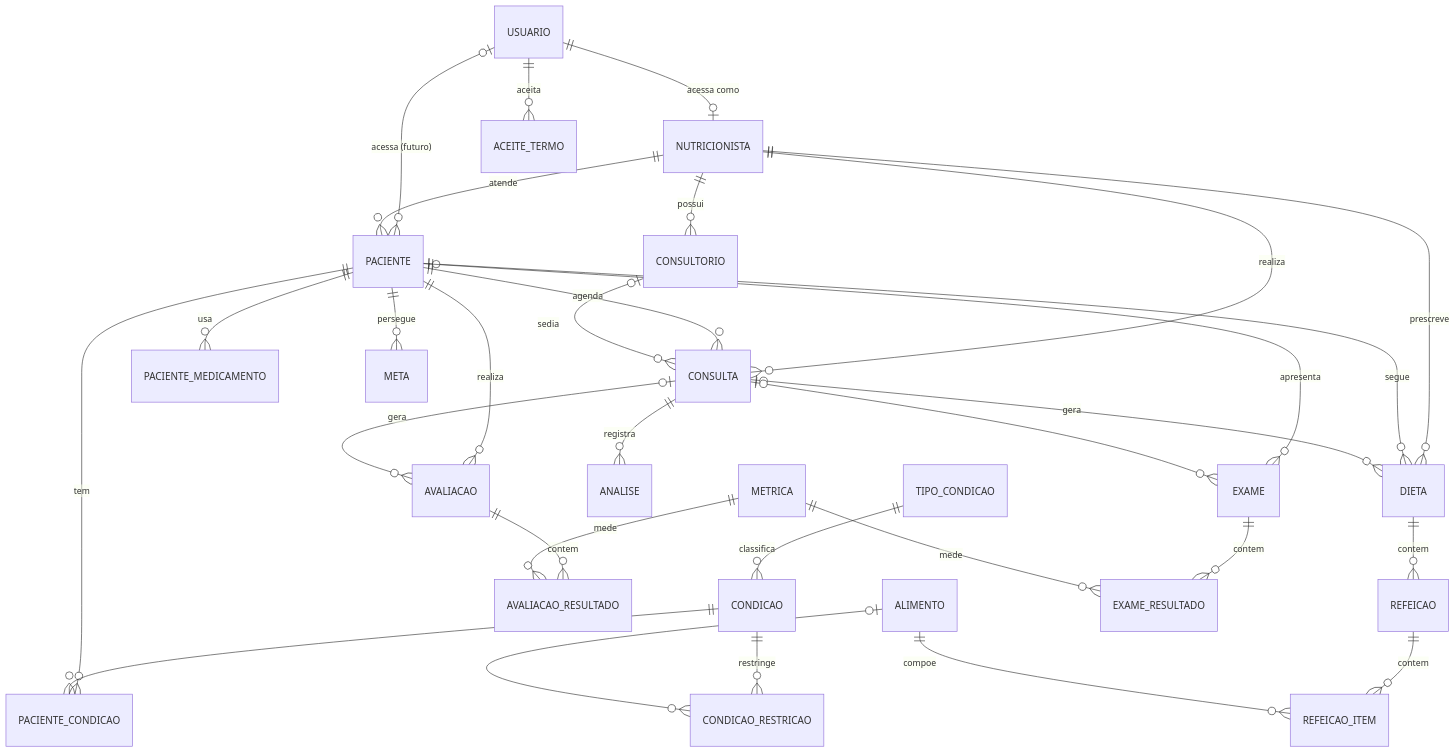
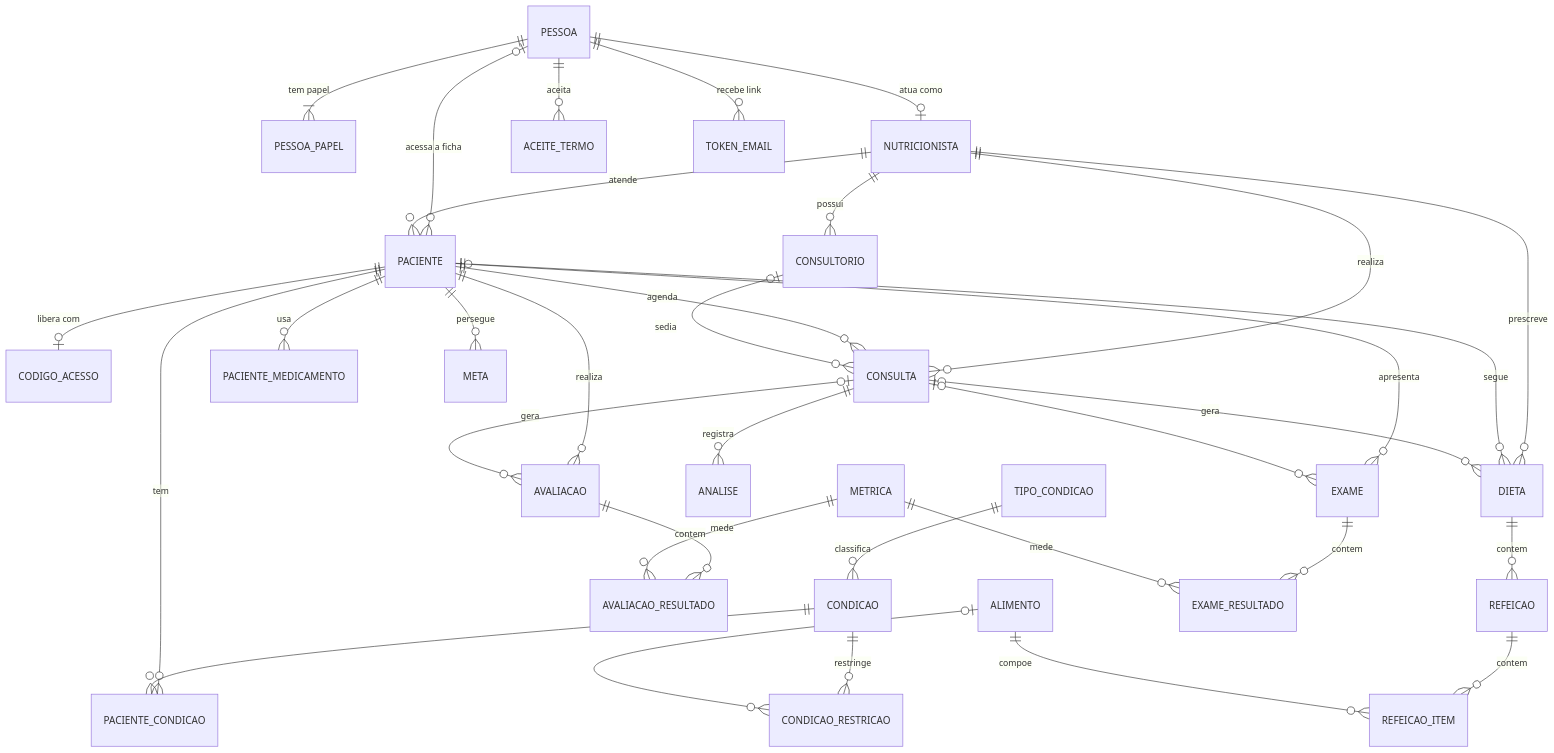
Before and after one commit to AFITCENTER/AFitCenter: the first of 6 diagrams in docs/MER.md, drawn with Mermaid. The commit also changed other lines of this file and 4 other files, not shown here.

First line of the commit message:
Documenta o ms-pessoa e o acesso do paciente

````diff
--- a/docs/MER.md
+++ b/docs/MER.md
@@ -23,33 +23,36 @@
 ```mermaid
 erDiagram
-    USUARIO ||--o| NUTRICIONISTA : "acessa como"
-    USUARIO |o--o{ PACIENTE : "acessa (futuro)"
-    USUARIO ||--o{ ACEITE_TERMO : aceita
+    PESSOA ||--|{ PESSOA_PAPEL : "tem papel"
+    PESSOA ||--o| NUTRICIONISTA : "atua como"
+    PESSOA |o--o{ PACIENTE : "acessa a ficha"
+    PESSOA ||--o{ ACEITE_TERMO : aceita
+    PESSOA ||--o{ TOKEN_EMAIL : "recebe link"
+    PACIENTE ||--o| CODIGO_ACESSO : "libera com"
     NUTRICIONISTA ||--o{ CONSULTORIO : possui
     NUTRICIONISTA ||--o{ PACIENTE : atende
     NUTRICIONISTA ||--o{ CONSULTA : realiza
     NUTRICIONISTA ||--o{ DIETA : prescreve
     PACIENTE ||--o{ CONSULTA : agenda
     CONSULTORIO |o--o{ CONSULTA : sedia
     PACIENTE ||--o{ PACIENTE_CONDICAO : tem
     CONDICAO ||--o{ PACIENTE_CONDICAO : ""
     TIPO_CONDICAO ||--o{ CONDICAO : classifica
     PACIENTE ||--o{ PACIENTE_MEDICAMENTO : usa
     PACIENTE ||--o{ META : persegue
     CONSULTA ||--o{ ANALISE : registra
     PACIENTE ||--o{ AVALIACAO : realiza
     CONSULTA |o--o{ AVALIACAO : gera
     AVALIACAO ||--o{ AVALIACAO_RESULTADO : contem
     METRICA ||--o{ AVALIACAO_RESULTADO : mede
     PACIENTE |o--o{ DIETA : segue
     CONSULTA |o--o{ DIETA : gera
     DIETA ||--o{ REFEICAO : contem
     REFEICAO ||--o{ REFEICAO_ITEM : contem
     ALIMENTO ||--o{ REFEICAO_ITEM : compoe
     CONDICAO ||--o{ CONDICAO_RESTRICAO : restringe
     ALIMENTO |o--o{ CONDICAO_RESTRICAO : ""
     PACIENTE ||--o{ EXAME : apresenta
     CONSULTA |o--o{ EXAME : ""
     EXAME ||--o{ EXAME_RESULTADO : contem
     METRICA ||--o{ EXAME_RESULTADO : mede
 ```
````
